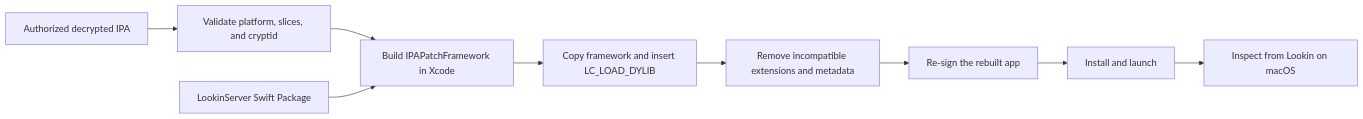
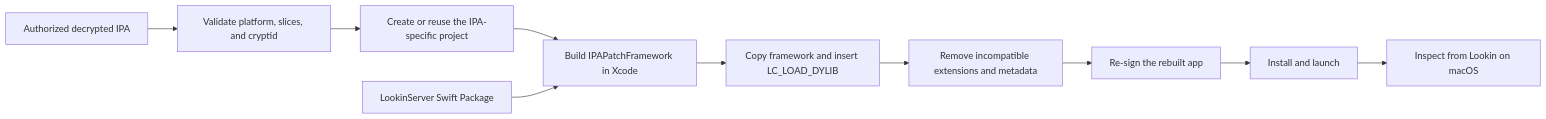
One commit to jacklv-coder/IPAPatch-Lookin changed the diagram in README.md. Above: the diagram before and after it, drawn with Mermaid. The commit also changed other lines of this file and 12 other files, not shown here.

First line of the commit message:
Generate an isolated Xcode project per IPA (#3)

````diff
--- a/README.md
+++ b/README.md
@@ -210,11 +240,12 @@
 ```mermaid
 flowchart LR
     IPA["Authorized decrypted IPA"] --> Validate["Validate platform, slices, and cryptid"]
-    Validate --> Xcode["Build IPAPatchFramework in Xcode"]
+    Validate --> Generate["Create or reuse the IPA-specific project"]
+    Generate --> Xcode["Build IPAPatchFramework in Xcode"]
     Lookin["LookinServer Swift Package"] --> Xcode
     Xcode --> Inject["Copy framework and insert LC_LOAD_DYLIB"]
     Inject --> Prepare["Remove incompatible extensions and metadata"]
     Prepare --> Sign["Re-sign the rebuilt app"]
     Sign --> Launch["Install and launch"]
     Launch --> Inspect["Inspect from Lookin on macOS"]
 ```
````
